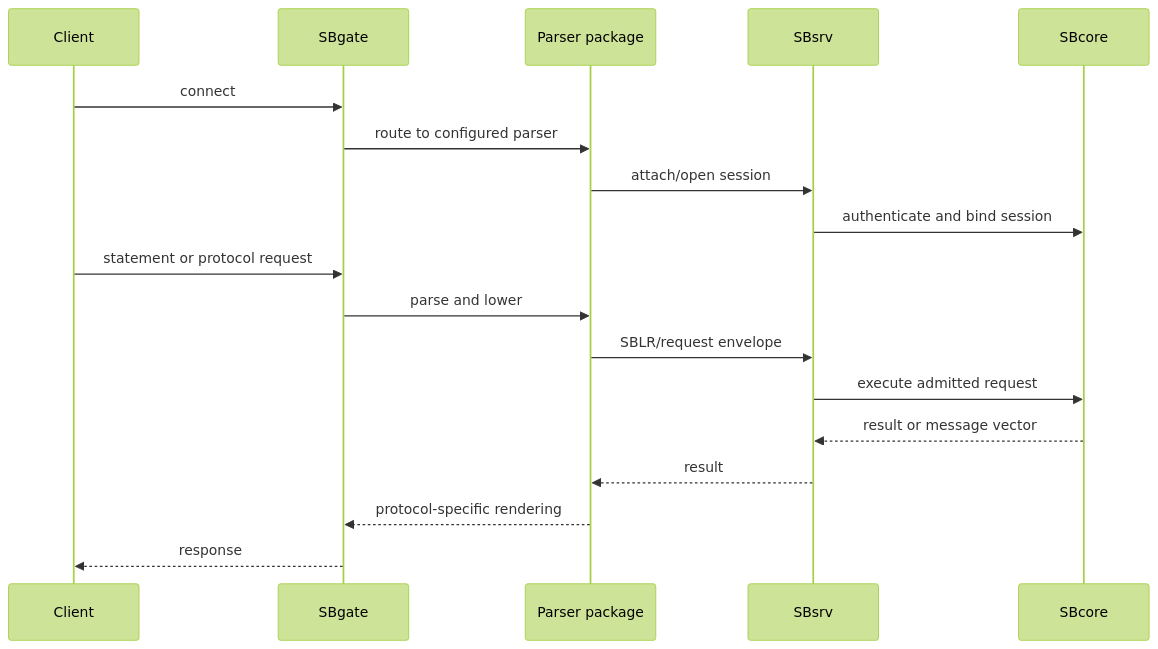
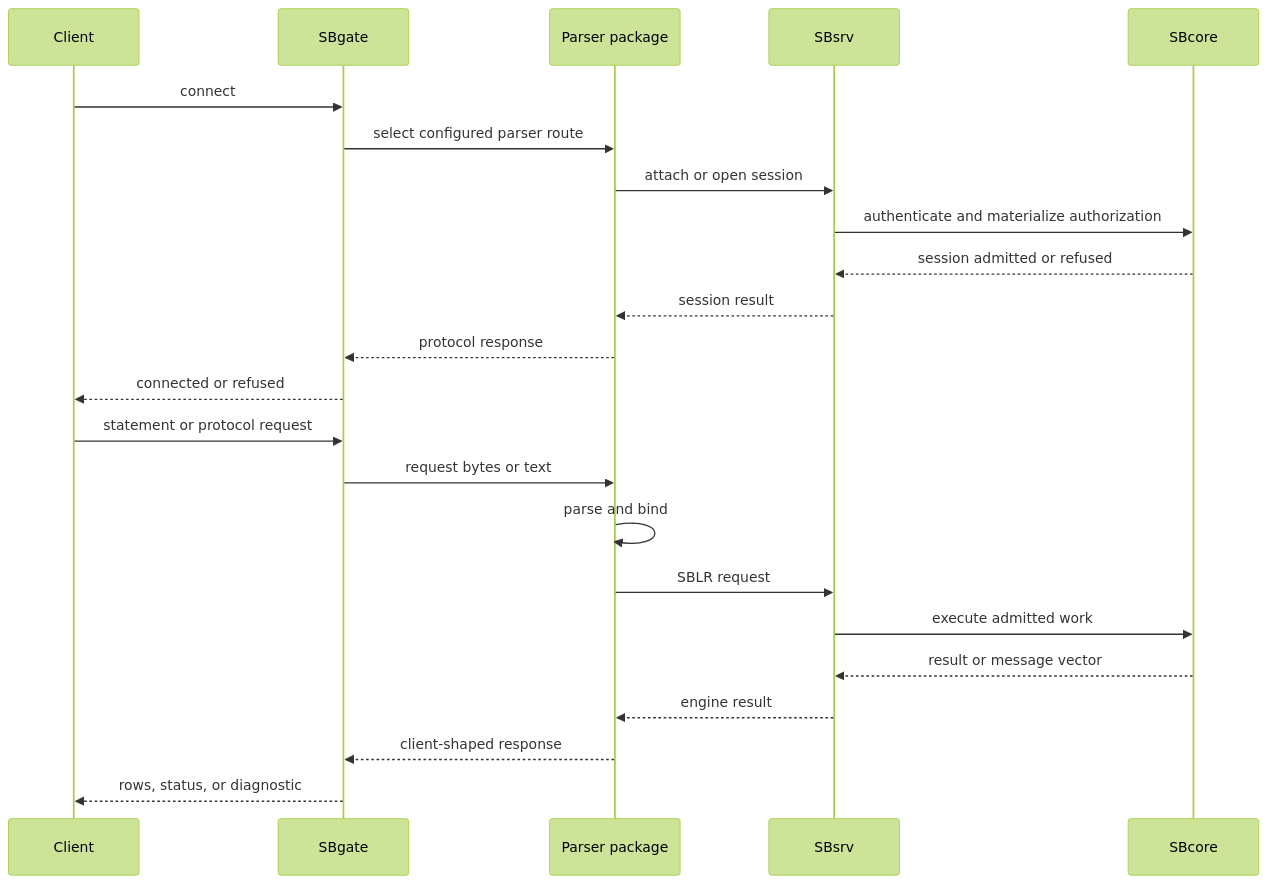
One commit to scratchbird-software-inc/ScratchBird changed the second of 2 diagrams in docs/documentation/draft/Getting_Started/operating_modes/standalone_server.md. Above: the diagram before and after it, drawn with Mermaid (forest theme). The commit also changed other lines of this file and 23 other files, not shown here.

````diff
--- a/docs/documentation/draft/Getting_Started/operating_modes/standalone_server.md
+++ b/docs/documentation/draft/Getting_Started/operating_modes/standalone_server.md
@@ -27,21 +60,26 @@
 ```mermaid
 sequenceDiagram
     participant Client
     participant Gate as SBgate
     participant Parser as Parser package
     participant Server as SBsrv
     participant Engine as SBcore
 
     Client->>Gate: connect
-    Gate->>Parser: route to configured parser
-    Parser->>Server: attach/open session
-    Server->>Engine: authenticate and bind session
+    Gate->>Parser: select configured parser route
+    Parser->>Server: attach or open session
+    Server->>Engine: authenticate and materialize authorization
+    Engine-->>Server: session admitted or refused
+    Server-->>Parser: session result
+    Parser-->>Gate: protocol response
+    Gate-->>Client: connected or refused
     Client->>Gate: statement or protocol request
-    Gate->>Parser: parse and lower
-    Parser->>Server: SBLR/request envelope
-    Server->>Engine: execute admitted request
+    Gate->>Parser: request bytes or text
+    Parser->>Parser: parse and bind
+    Parser->>Server: SBLR request
+    Server->>Engine: execute admitted work
     Engine-->>Server: result or message vector
-    Server-->>Parser: result
-    Parser-->>Gate: protocol-specific rendering
-    Gate-->>Client: response
+    Server-->>Parser: engine result
+    Parser-->>Gate: client-shaped response
+    Gate-->>Client: rows, status, or diagnostic
 ```
````
